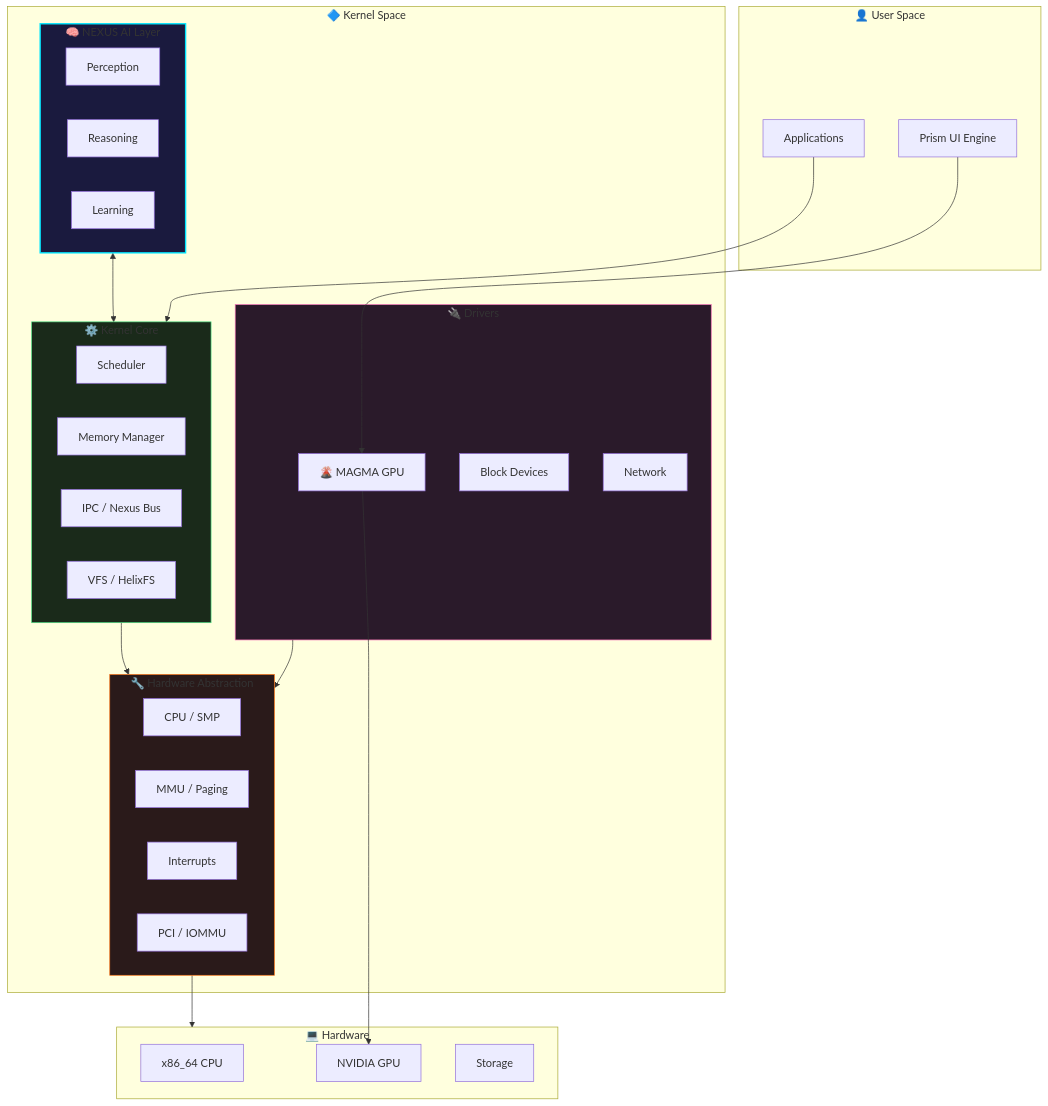
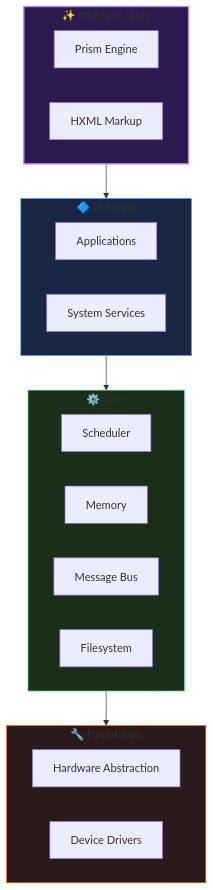
Before and after one commit to HelixOS-Org/helix: the diagram in README.md, drawn with Mermaid. The commit also changed other lines of this file, not shown here.

Commit message:
feat: update README to reflect new project vision and simplify architecture description

````diff
--- a/README.md
+++ b/README.md
@@ -77,54 +48,33 @@
 ```mermaid
 flowchart TB
-    subgraph USER["👤 User Space"]
-        APP["Applications"]
-        PRISM["Prism UI Engine"]
+    subgraph Interface["✨ Interface Layer"]
+        PRISM["Prism Engine"]
+        HXML["HXML Markup"]
     end
 
-    subgraph KERNEL["🔷 Kernel Space"]
-        subgraph NEXUS["🧠 NEXUS AI Layer"]
-            SENSE["Perception"]
-            REASON["Reasoning"]
-            LEARN["Learning"]
-        end
-
-        subgraph CORE["⚙️ Kernel Core"]
-            SCHED["Scheduler"]
-            MEM["Memory Manager"]
-            IPC["IPC / Nexus Bus"]
-            VFS["VFS / HelixFS"]
-        end
-
-        subgraph DRIVERS["🔌 Drivers"]
-            MAGMA["🌋 MAGMA GPU"]
-            BLOCK["Block Devices"]
-            NET["Network"]
-        end
-
-        subgraph HAL["🔧 Hardware Abstraction"]
-            CPU["CPU / SMP"]
-            MMU["MMU / Paging"]
-            IRQ["Interrupts"]
-            PCI["PCI / IOMMU"]
-        end
+    subgraph Userland["🔷 Userland"]
+        APPS["Applications"]
+        SERVICES["System Services"]
     end
 
-    subgraph HW["💻 Hardware"]
-        PROC["x86_64 CPU"]
-        GPU["NVIDIA GPU"]
-        DISK["Storage"]
+    subgraph Core["⚙️ Core"]
+        SCHED["Scheduler"]
+        MEM["Memory"]
+        IPC["Message Bus"]
+        FS["Filesystem"]
     end
 
-    APP --> CORE
-    PRISM --> MAGMA
-    NEXUS <--> CORE
-    CORE --> HAL
-    DRIVERS --> HAL
-    HAL --> HW
-    MAGMA --> GPU
+    subgraph Foundation["🔧 Foundation"]
+        HAL["Hardware Abstraction"]
+        DRIVERS["Device Drivers"]
+    end
 
-    style NEXUS fill:#1a1a3e,stroke:#00e5ff,stroke-width:2px
-    style CORE fill:#1a2a1a,stroke:#4ade80,stroke-width:1px
-    style DRIVERS fill:#2a1a2a,stroke:#f472b6,stroke-width:1px
-    style HAL fill:#2a1a1a,stroke:#f97316,stroke-width:1px
+    Interface --> Userland
+    Userland --> Core
+    Core --> Foundation
+
+    style Interface fill:#2d1b4e,stroke:#a78bfa,stroke-width:2px
+    style Userland fill:#1a2744,stroke:#60a5fa,stroke-width:1px
+    style Core fill:#1a2e1a,stroke:#4ade80,stroke-width:1px
+    style Foundation fill:#2a1a1a,stroke:#f97316,stroke-width:1px
 ```
````
